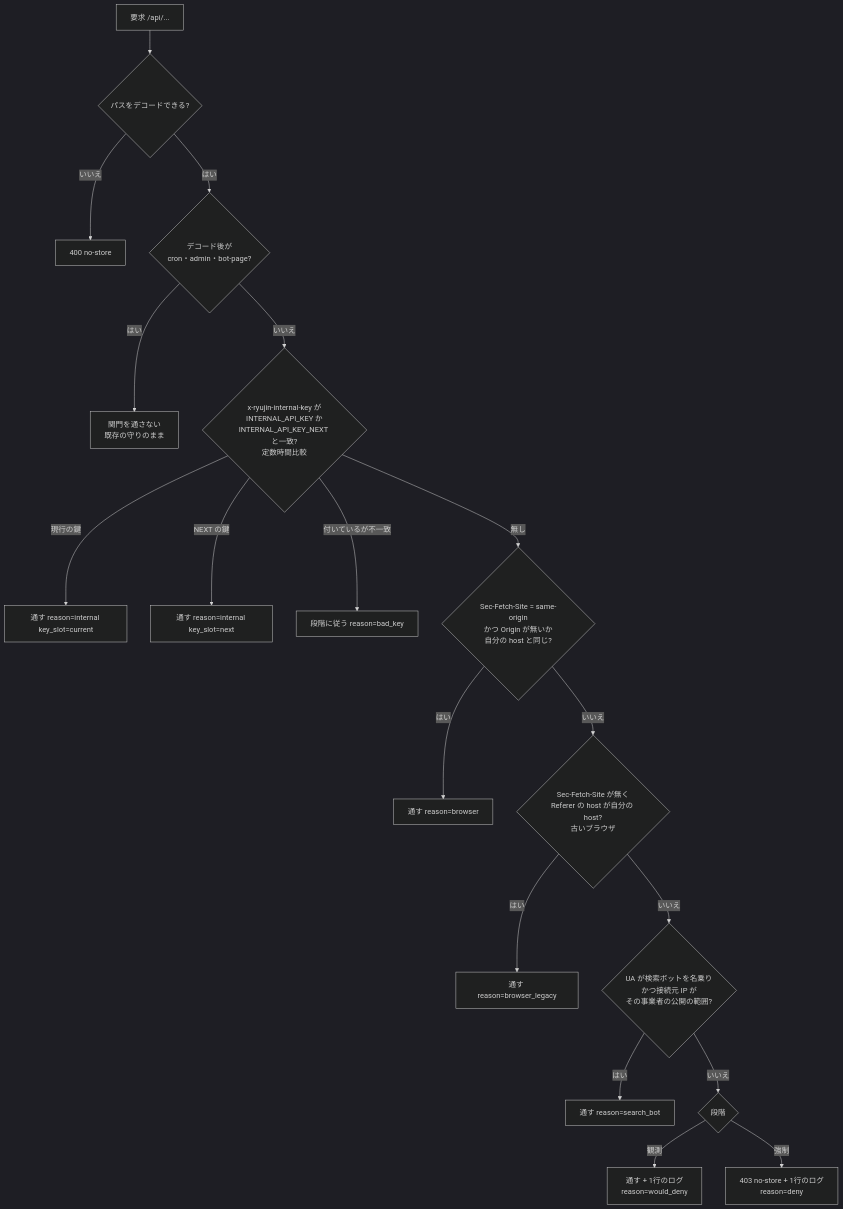
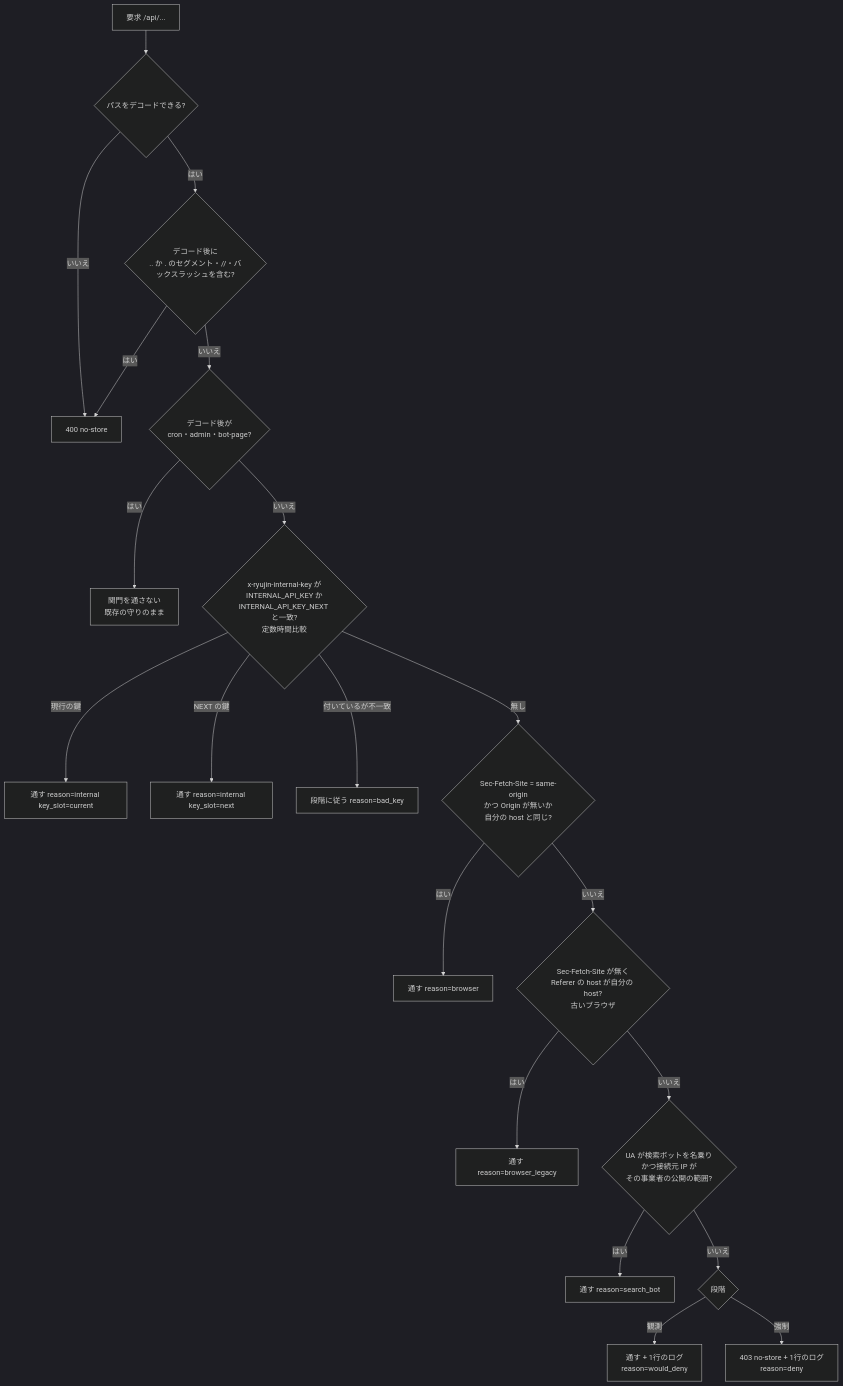
Before and after one commit to rhapsody0919/boatrace-ai-predictor: the second of 3 diagrams in docs/design/public-api-lockdown/plan.md, drawn with Mermaid (dark theme). The commit also changed other lines of this file and 2 other files, not shown here.

````diff
--- a/docs/design/public-api-lockdown/plan.md
+++ b/docs/design/public-api-lockdown/plan.md
@@ -105,20 +106,22 @@
 ```mermaid
 flowchart TD
   R[要求 /api/...] --> D{パスをデコードできる?}
   D -- いいえ --> DENY0[400 no-store]
-  D -- はい --> X{デコード後が<br/>cron・admin・bot-page?}
+  D -- はい --> N{デコード後に<br/>.. か . のセグメント・//・バックスラッシュを含む?}
+  N -- はい --> DENY0
+  N -- いいえ --> X{デコード後が<br/>cron・admin・bot-page?}
   X -- はい --> PASS0[関門を通さない<br/>既存の守りのまま]
   X -- いいえ --> K{x-ryujin-internal-key が<br/>INTERNAL_API_KEY か<br/>INTERNAL_API_KEY_NEXT と一致?<br/>定数時間比較}
   K -- 現行の鍵 --> OK1[通す reason=internal key_slot=current]
   K -- NEXT の鍵 --> OK1b[通す reason=internal key_slot=next]
   K -- 付いているが不一致 --> BAD[段階に従う reason=bad_key]
   K -- 無し --> S{Sec-Fetch-Site = same-origin<br/>かつ Origin が無いか<br/>自分の host と同じ?}
   S -- はい --> OK2[通す reason=browser]
   S -- いいえ --> L{Sec-Fetch-Site が無く<br/>Referer の host が自分の host?<br/>古いブラウザ}
   L -- はい --> OK3[通す reason=browser_legacy]
   L -- いいえ --> G{UA が検索ボットを名乗り<br/>かつ接続元 IP が<br/>その事業者の公開の範囲?}
   G -- はい --> OK4[通す reason=search_bot]
   G -- いいえ --> M{段階}
   M -- 観測 --> LOG[通す + 1行のログ<br/>reason=would_deny]
   M -- 強制 --> DENY[403 no-store + 1行のログ<br/>reason=deny]
 ```
````
